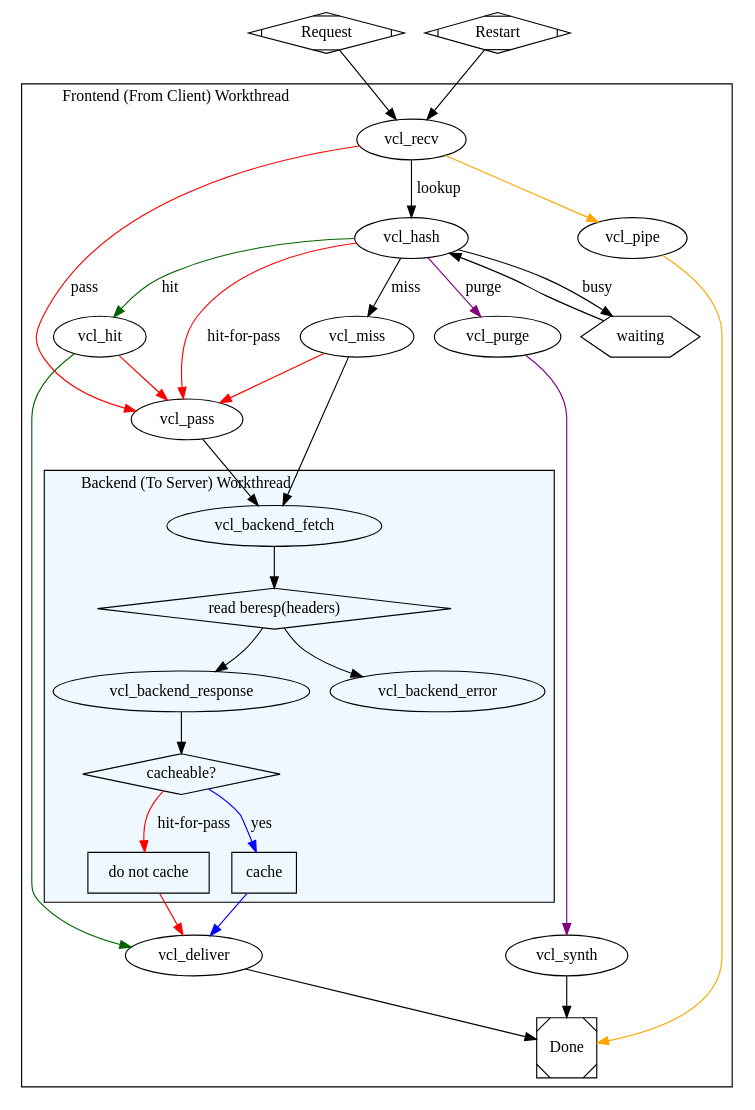
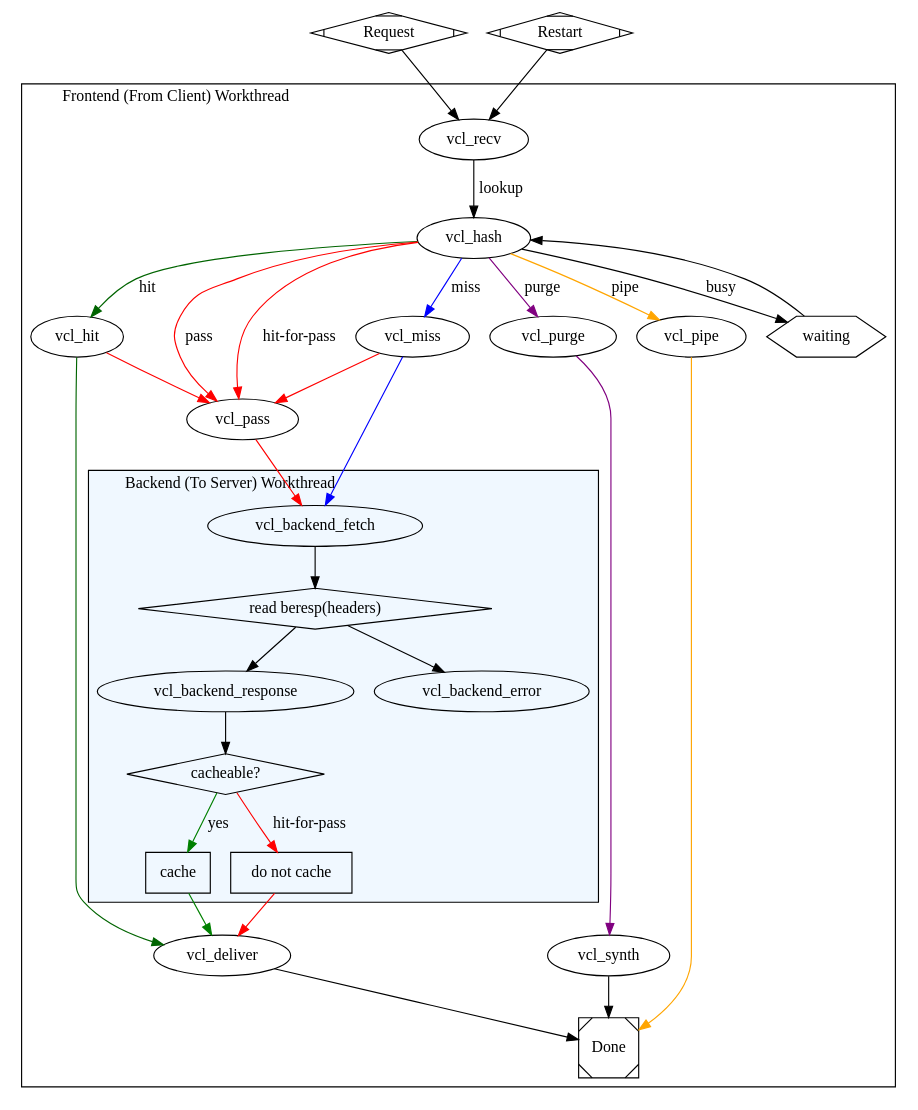
Before and after one commit to varnish/Varnish-Book: the diagram in ui/img/simplified_fsm.dot, drawn with Graphviz. The commit also changed 4 other files, not shown here.

Commit message:
Improving fsm diagrams and Makefile

```diff
--- a/ui/img/simplified_fsm.dot
+++ b/ui/img/simplified_fsm.dot
@@ -1,82 +1,82 @@
 digraph varnishfsm{
 	labeljust=l;
 	Request[shape=Mdiamond];
 	restart1[shape=Mdiamond,label="Restart"];
 	Request -> vcl_recv;
 	restart1 -> vcl_recv;
 	subgraph clusterfrontend{
 		
 		{
 			rank=same;
 			vcl_deliver;
 			vcl_synth;
 		};
 		{
 	                rank=same;
 			vcl_hit;
 			vcl_miss;
 			vcl_purge;
 			// vcl_pass;
 		}
 		label="Frontend (From Client) Workthread";
 		
 		vcl_recv -> vcl_hash [label="lookup"]
 		//vcl_recv -> vcl_hash [label="purge",color=purple];
-		vcl_recv -> vcl_pipe[color=orange];
-		vcl_recv -> vcl_pass[label="pass" color=red];
+		vcl_hash -> vcl_pipe[label="pipe" color=orange];
+		vcl_hash -> vcl_pass[label="pass" color=red];
 		vcl_pipe -> Done[color=orange];
 		vcl_hash -> vcl_hit[label="hit",color=darkgreen];
-		vcl_hash -> vcl_miss [label="miss"];
+		vcl_hash -> vcl_miss [label="miss", color=blue];
 		vcl_hash -> vcl_pass [label="hit-for-pass",color=red];
 		waiting[shape=hexagon];
 		vcl_hash -> waiting [label="busy"];
 		vcl_hash -> vcl_purge [label="purge",color=purple];
 		vcl_purge -> vcl_synth[color=purple];
 		// restart2[shape=Mdiamond,label="Restart"];
 		// vcl_purge -> restart2;
 		vcl_hit -> vcl_deliver[color=darkgreen];
 		// vcl_hit -> vcl_miss;
 		vcl_hit -> vcl_pass[color=red];
-		vcl_miss -> vcl_backend_fetch;
+		vcl_miss -> vcl_backend_fetch [color=blue];
 		waiting -> vcl_hash;
-		vcl_pass -> vcl_backend_fetch;
+		vcl_pass -> vcl_backend_fetch [color=red];
 		vcl_miss -> vcl_pass[color=red];
 		
 		subgraph clusterbackend {
 			bgcolor=aliceblue
 			label="Backend (To Server) Workthread";
 			decision1 [shape=diamond,label="read beresp(headers)"];
 			vcl_backend_fetch -> decision1;
 			decision1 -> vcl_backend_response;
 			decision1 -> vcl_backend_error;
 			decision4[shape=diamond,label="cacheable?"];
 			cache[shape=box,label="cache"];
 			nocache[shape=box,label="do not cache"];
 			vcl_backend_response -> decision4;
-			decision4 -> cache [label="yes",color=blue];
+			decision4 -> cache [label="yes",color=green];
 			decision4 -> nocache [label="hit-for-pass",color=red];
 			
 			// decision3 [shape=diamond];
 			// vcl_backend_response -> decision3[label="retry"];
 			// vcl_backend_error -> decision2 [label="retry"];
 		}
 		// vcl_backend_fetch -> vcl_synth [label="abandon"];
 		// vcl_backend_response -> vcl_synth [label="abandon"];
 		// retry1[shape=plaintext,label="retry"] 
 		// decision2 [shape=diamond];
 		// decision2 -> vcl_synth [label=">max"];
 		// retry2[shape=plaintext,label="retry"]
 		// decision2 -> retry1 [label="<=max"];
 		// decision3 -> retry2 [label="<=max"];
 		// decision3 -> vcl_synth [label=">max"];
 		// vcl_backend_error -> vcl_deliver;
 		//vcl_backend_error -> vcl_synth;
 		
-		cache -> vcl_deliver[color=blue];
+		cache -> vcl_deliver[color=green];
 		nocache -> vcl_deliver[color=red];
 	}
 	Done[shape=Msquare];
 	vcl_deliver -> Done;
 	vcl_synth -> Done;
 	
 }
```
